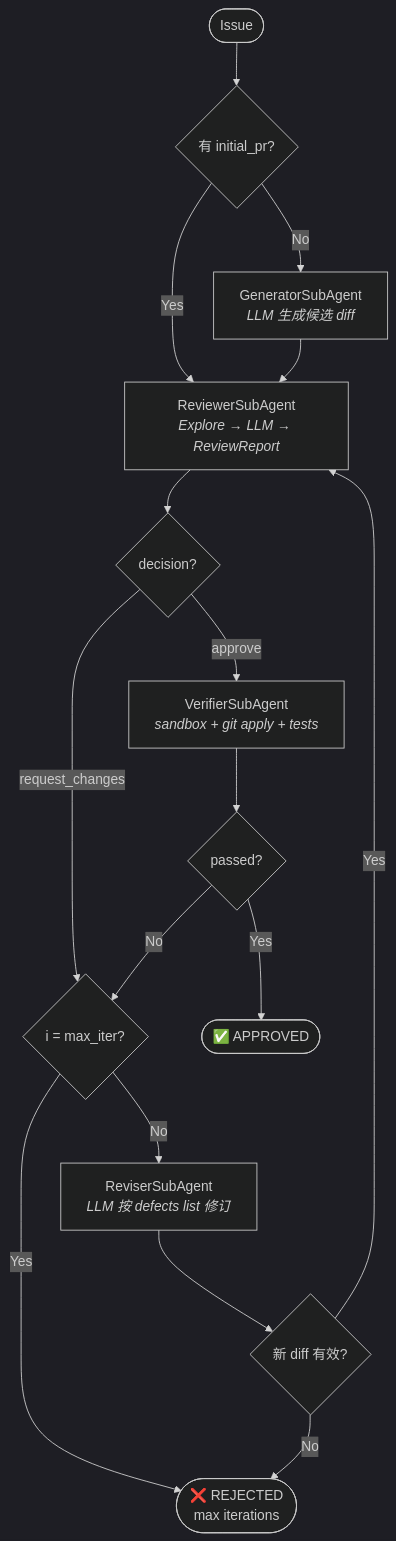
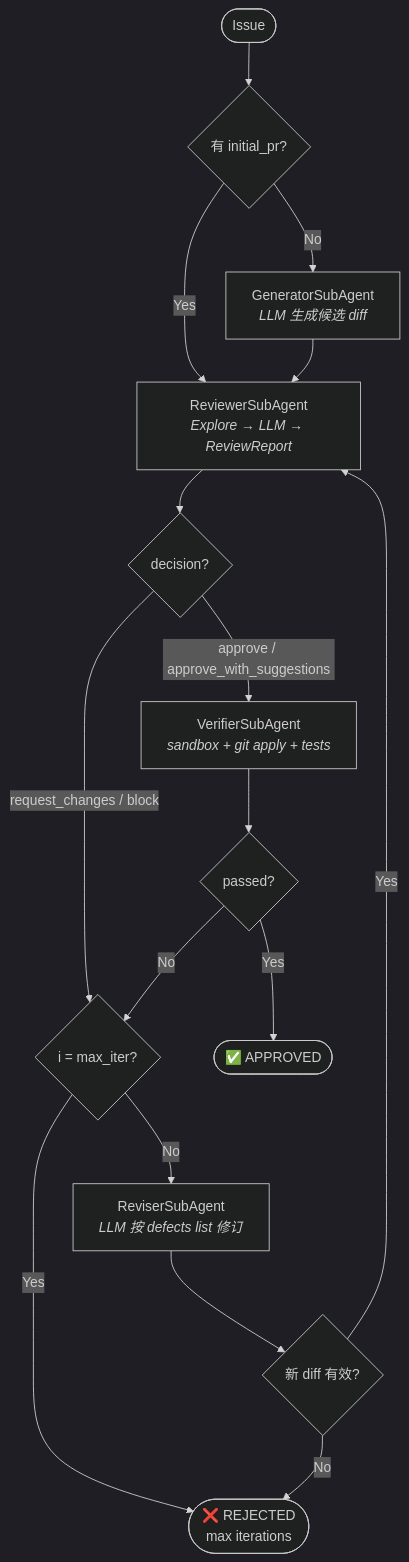
One commit to KevinZhangNothing/swe-review-plugin changed the fourth of 14 diagrams in README.md. Above: the diagram before and after it, drawn with Mermaid (dark theme). The commit also changed other lines of this file and 8 other files, not shown here.

````diff
--- a/README.md
+++ b/README.md
@@ -125,25 +125,25 @@
 ```mermaid
 flowchart TB
     START([Issue]) --> GEN{有 initial_pr?}
     GEN -->|No| GEN1[GeneratorSubAgent<br/><i>LLM 生成候选 diff</i>]
     GEN -->|Yes| REVIEW
     GEN1 --> REVIEW
 
     REVIEW[ReviewerSubAgent<br/><i>Explore → LLM → ReviewReport</i>]
 
     REVIEW --> APPROVED{decision?}
 
-    APPROVED -->|approve| VERIFY[VerifierSubAgent<br/><i>sandbox + git apply + tests</i>]
-    APPROVED -->|request_changes| MAX2{i = max_iter?}
+    APPROVED -->|approve / approve_with_suggestions| VERIFY[VerifierSubAgent<br/><i>sandbox + git apply + tests</i>]
+    APPROVED -->|request_changes / block| MAX2{i = max_iter?}
 
     VERIFY --> PASSED{passed?}
     PASSED -->|Yes| SUCCESS([✅ APPROVED])
     PASSED -->|No| MAX2
 
     MAX2 -->|No| REVISE["ReviserSubAgent<br/><i>LLM 按 defects list 修订</i>"]
     MAX2 -->|Yes| FAIL([❌ REJECTED<br/>max iterations])
 
     REVISE --> REVISED{新 diff 有效?}
     REVISED -->|Yes| REVIEW
     REVISED -->|No| FAIL
 ```
````
